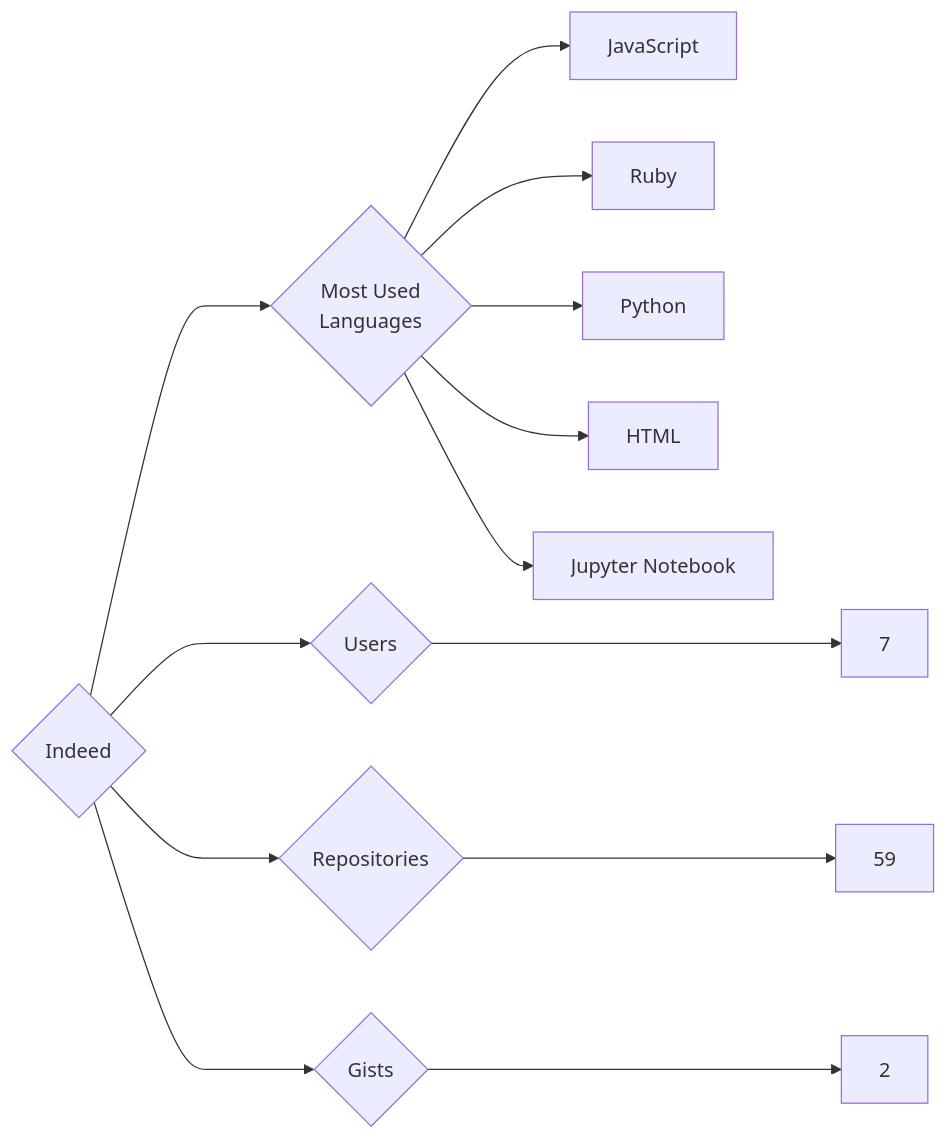
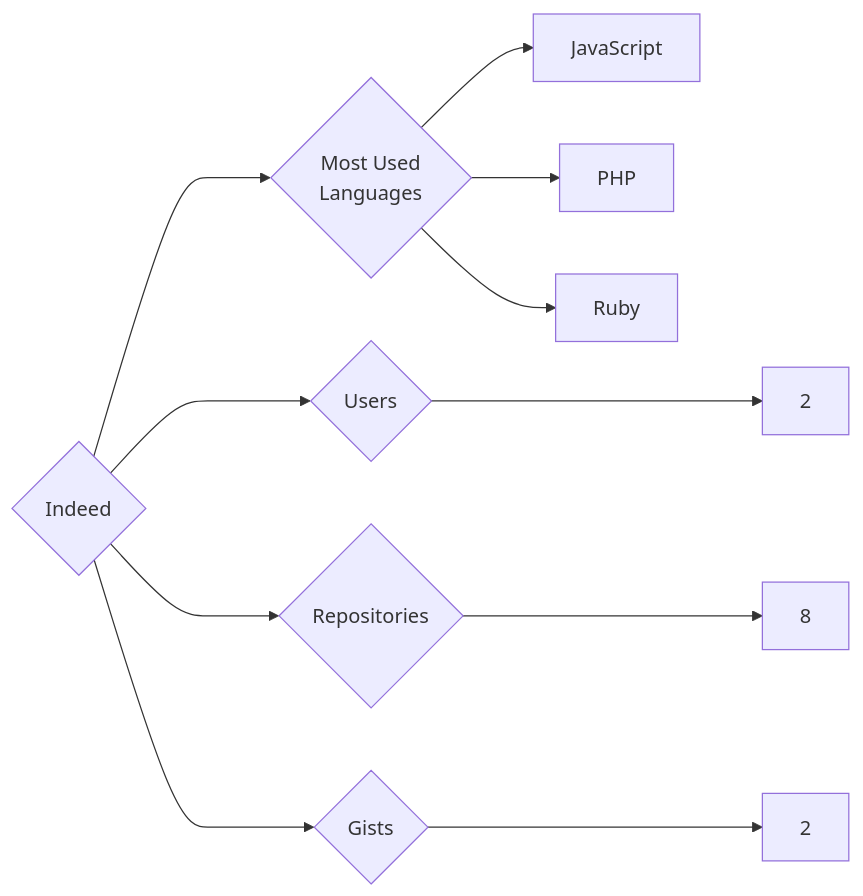
The diagram in targets/Indeed/README.md (trickest/insiders), drawn with Mermaid before and after one commit. The commit also changed 1195 other files, not shown here.

````diff
--- a/targets/Indeed/README.md
+++ b/targets/Indeed/README.md
@@ -3,13 +3,11 @@
 ```mermaid
 graph LR
 COMPANY_NAME{Indeed}
-COMPANY_NAME ---> U{Users} ---> UN[7]
-COMPANY_NAME ---> R{Repositories} ---> RN[59]
+COMPANY_NAME ---> U{Users} ---> UN[2]
+COMPANY_NAME ---> R{Repositories} ---> RN[8]
 COMPANY_NAME ---> G{Gists} ---> GN[2]
 COMPANY_NAME ---> ML{Most Used<br>Languages}
 ML --> JavaScript[JavaScript]
+ML --> PHP[PHP]
 ML --> Ruby[Ruby]
-ML --> Python[Python]
-ML --> HTML[HTML]
-ML --> Jupyter_Notebook[Jupyter Notebook]
 ```
````
